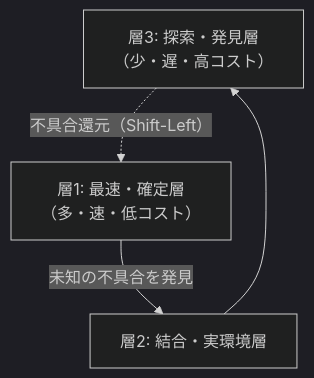
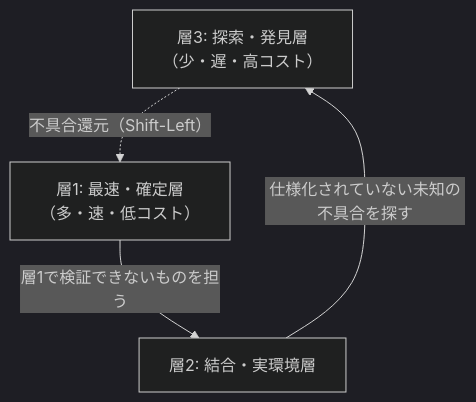
Before and after one commit to toshio-shiratori/harness-test-strategy: the second of 2 diagrams in docs/testing/01-test-policy.md, drawn with Mermaid (dark theme). The commit also changed other lines of this file and 2 other files, not shown here.

````diff
--- a/docs/testing/01-test-policy.md
+++ b/docs/testing/01-test-policy.md
@@ -66,9 +65,9 @@
 ```mermaid
 flowchart TB
   L3["層3: 探索・発見層<br/>（少・遅・高コスト）"]
   L2["層2: 結合・実環境層"]
   L1["層1: 最速・確定層<br/>（多・速・低コスト）"]
-  L1 -- "未知の不具合を発見" --> L2
-  L2 --> L3
+  L1 -- "層1で検証できないものを担う" --> L2
+  L2 -- "仕様化されていない未知の不具合を探す" --> L3
   L3 -. "不具合還元（Shift-Left）" .-> L1
 ```
````
